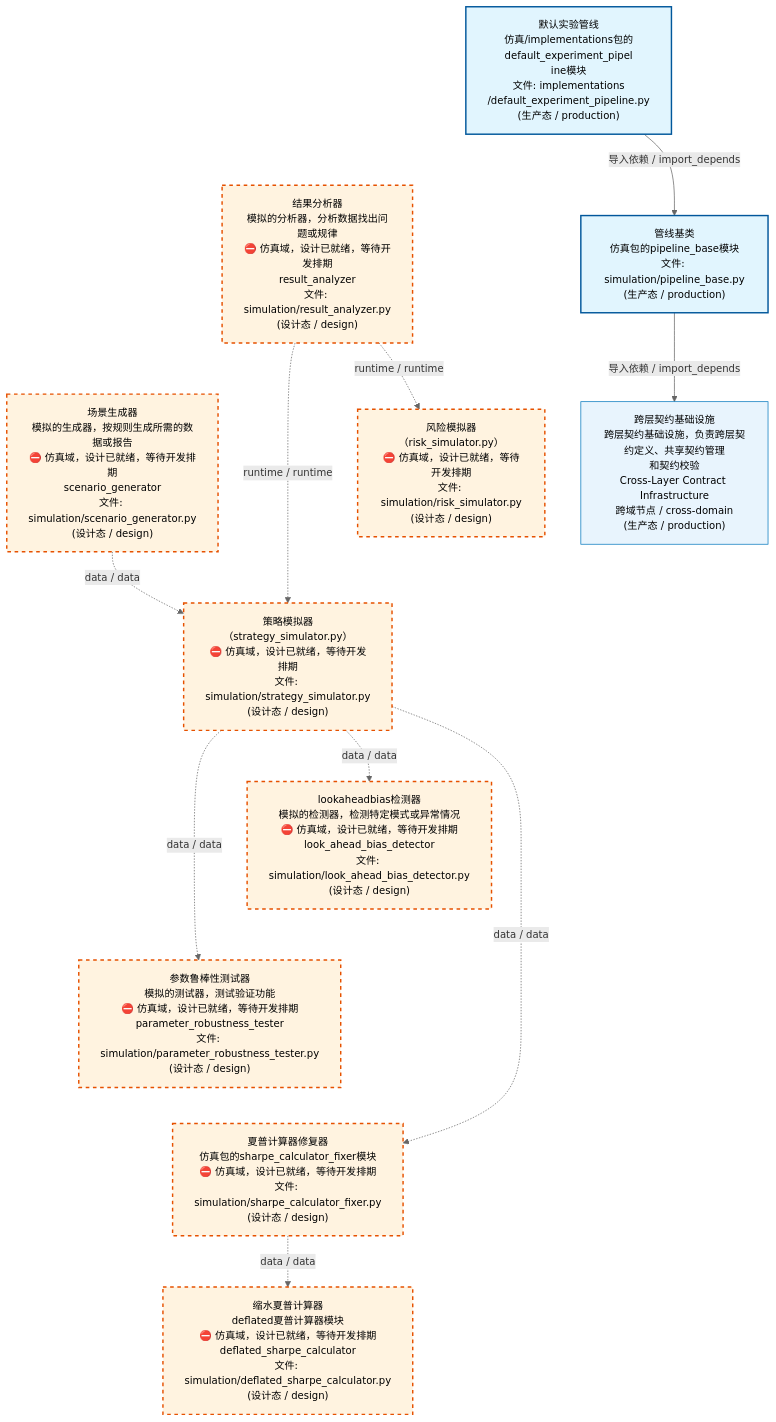
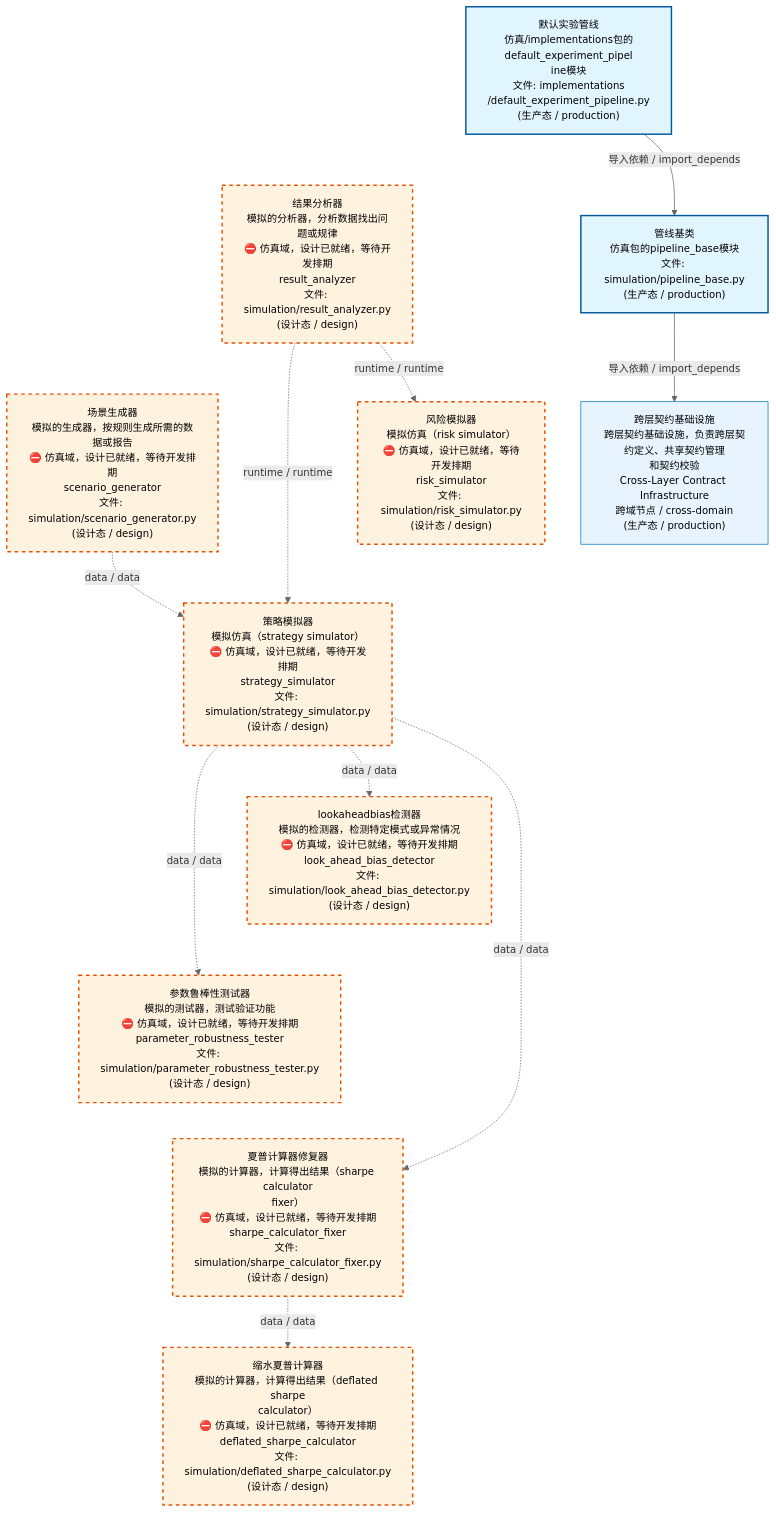
The first of 4 diagrams in docs/02_enterprise_architecture/02_domain_architecture_docs/70_d_simulation.md (xuanFelixVan/ZephyrAlpha), drawn with Mermaid before and after one commit. The commit also changed other lines of this file and 36 other files, not shown here.

````diff
--- a/docs/02_enterprise_architecture/02_domain_architecture_docs/70_d_simulation.md
+++ b/docs/02_enterprise_architecture/02_domain_architecture_docs/70_d_simulation.md
@@ -53,37 +53,37 @@
 ```mermaid
 %%{init: {'theme': 'base', 'themeVariables': {'primaryColor': '#eaeaea', 'primaryTextColor': '#333333', 'primaryBorderColor': '#666666', 'lineColor': '#666666', 'secondaryColor': '#eaeaea', 'tertiaryColor': '#eaeaea', 'fontSize': '14px'}}}%%
 flowchart TD
     src_zephyr_simulation_implementations_default_experiment_pipeline_py["默认实验管线<br/>仿真/implementations包的default_experiment_pipel<br/>ine模块<br/>文件: implementations<br/>/default_experiment_pipeline.py<br/>(生产态 / production)"]
     src_zephyr_simulation_result_analyzer_py["结果分析器<br/>模拟的分析器，分析数据找出问题或规律<br/>⛔ 仿真域，设计已就绪，等待开发排期<br/>result_analyzer<br/>文件: simulation/result_analyzer.py<br/>(设计态 / design)"]
     src_zephyr_simulation_scenario_generator_py["场景生成器<br/>模拟的生成器，按规则生成所需的数据或报告<br/>⛔ 仿真域，设计已就绪，等待开发排期<br/>scenario_generator<br/>文件: simulation/scenario_generator.py<br/>(设计态 / design)"]
     src_zephyr_simulation_implementations_default_experiment_pipeline_py ~~~ src_zephyr_simulation_result_analyzer_py
     src_zephyr_simulation_result_analyzer_py ~~~ src_zephyr_simulation_scenario_generator_py
     src_zephyr_simulation_pipeline_base_py["管线基类<br/>仿真包的pipeline_base模块<br/>文件: simulation/pipeline_base.py<br/>(生产态 / production)"]
-    src_zephyr_simulation_risk_simulator_py["风险模拟器<br/>（risk_simulator.py）<br/>⛔ 仿真域，设计已就绪，等待开发排期<br/>文件: simulation/risk_simulator.py<br/>(设计态 / design)"]
-    src_zephyr_simulation_strategy_simulator_py["策略模拟器<br/>（strategy_simulator.py）<br/>⛔ 仿真域，设计已就绪，等待开发排期<br/>文件: simulation/strategy_simulator.py<br/>(设计态 / design)"]
+    src_zephyr_simulation_risk_simulator_py["风险模拟器<br/>模拟仿真（risk simulator）<br/>⛔ 仿真域，设计已就绪，等待开发排期<br/>risk_simulator<br/>文件: simulation/risk_simulator.py<br/>(设计态 / design)"]
+    src_zephyr_simulation_strategy_simulator_py["策略模拟器<br/>模拟仿真（strategy simulator）<br/>⛔ 仿真域，设计已就绪，等待开发排期<br/>strategy_simulator<br/>文件: simulation/strategy_simulator.py<br/>(设计态 / design)"]
     src_zephyr_simulation_pipeline_base_py ~~~ src_zephyr_simulation_risk_simulator_py
     src_zephyr_simulation_risk_simulator_py ~~~ src_zephyr_simulation_strategy_simulator_py
     src_zephyr_simulation_look_ahead_bias_detector_py["lookaheadbias检测器<br/>模拟的检测器，检测特定模式或异常情况<br/>⛔ 仿真域，设计已就绪，等待开发排期<br/>look_ahead_bias_detector<br/>文件: simulation/look_ahead_bias_detector.py<br/>(设计态 / design)"]
     src_zephyr_simulation_parameter_robustness_tester_py["参数鲁棒性测试器<br/>模拟的测试器，测试验证功能<br/>⛔ 仿真域，设计已就绪，等待开发排期<br/>parameter_robustness_tester<br/>文件: simulation/parameter_robustness_tester.py<br/>(设计态 / design)"]
-    src_zephyr_simulation_sharpe_calculator_fixer_py["夏普计算器修复器<br/>仿真包的sharpe_calculator_fixer模块<br/>⛔ 仿真域，设计已就绪，等待开发排期<br/>文件: simulation/sharpe_calculator_fixer.py<br/>(设计态 / design)"]
+    src_zephyr_simulation_sharpe_calculator_fixer_py["夏普计算器修复器<br/>模拟的计算器，计算得出结果（sharpe calculator<br/>fixer）<br/>⛔ 仿真域，设计已就绪，等待开发排期<br/>sharpe_calculator_fixer<br/>文件: simulation/sharpe_calculator_fixer.py<br/>(设计态 / design)"]
     src_zephyr_simulation_look_ahead_bias_detector_py ~~~ src_zephyr_simulation_parameter_robustness_tester_py
     src_zephyr_simulation_parameter_robustness_tester_py ~~~ src_zephyr_simulation_sharpe_calculator_fixer_py
-    src_zephyr_simulation_deflated_sharpe_calculator_py["缩水夏普计算器<br/>deflated夏普计算器模块<br/>⛔ 仿真域，设计已就绪，等待开发排期<br/>deflated_sharpe_calculator<br/>文件: simulation/deflated_sharpe_calculator.py<br/>(设计态 / design)"]
+    src_zephyr_simulation_deflated_sharpe_calculator_py["缩水夏普计算器<br/>模拟的计算器，计算得出结果（deflated sharpe<br/>calculator）<br/>⛔ 仿真域，设计已就绪，等待开发排期<br/>deflated_sharpe_calculator<br/>文件: simulation/deflated_sharpe_calculator.py<br/>(设计态 / design)"]
     src_zephyr_simulation_strategy_simulator_py -.->|data / data| src_zephyr_simulation_parameter_robustness_tester_py
     src_zephyr_simulation_strategy_simulator_py -.->|data / data| src_zephyr_simulation_look_ahead_bias_detector_py
     src_zephyr_simulation_strategy_simulator_py -.->|data / data| src_zephyr_simulation_sharpe_calculator_fixer_py
     src_zephyr_simulation_scenario_generator_py -.->|data / data| src_zephyr_simulation_strategy_simulator_py
     src_zephyr_simulation_result_analyzer_py -.->|runtime / runtime| src_zephyr_simulation_strategy_simulator_py
     src_zephyr_simulation_result_analyzer_py -.->|runtime / runtime| src_zephyr_simulation_risk_simulator_py
     src_zephyr_simulation_sharpe_calculator_fixer_py -.->|data / data| src_zephyr_simulation_deflated_sharpe_calculator_py
     src_zephyr_simulation_implementations_default_experiment_pipeline_py -->|导入依赖 / import_depends| src_zephyr_simulation_pipeline_base_py
     D_INFRASTRUCTURE["跨层契约基础设施<br/>跨层契约基础设施，负责跨层契约定义、共享契约管理<br/>和契约校验<br/>Cross-Layer Contract Infrastructure<br/>跨域节点 / cross-domain<br/>(生产态 / production)"]
     src_zephyr_simulation_pipeline_base_py -->|导入依赖 / import_depends| D_INFRASTRUCTURE
     classDef production fill:#e1f5fe,stroke:#01579b,stroke-width:2px,color:#000
     classDef design fill:#fff3e0,stroke:#e65100,stroke-width:2px,color:#000,stroke-dasharray: 5 5
     classDef external_prod fill:#e8f4fd,stroke:#0277bd,stroke-width:1px,color:#000
     classDef external_design fill:#fff8e7,stroke:#ef6c00,stroke-width:1px,color:#000,stroke-dasharray: 5 5
     class src_zephyr_simulation_implementations_default_experiment_pipeline_py,src_zephyr_simulation_pipeline_base_py production
     class src_zephyr_simulation_deflated_sharpe_calculator_py,src_zephyr_simulation_look_ahead_bias_detector_py,src_zephyr_simulation_parameter_robustness_tester_py,src_zephyr_simulation_result_analyzer_py,src_zephyr_simulation_risk_simulator_py,src_zephyr_simulation_scenario_generator_py,src_zephyr_simulation_sharpe_calculator_fixer_py,src_zephyr_simulation_strategy_simulator_py design
     class D_INFRASTRUCTURE external_prod
 ```
````
